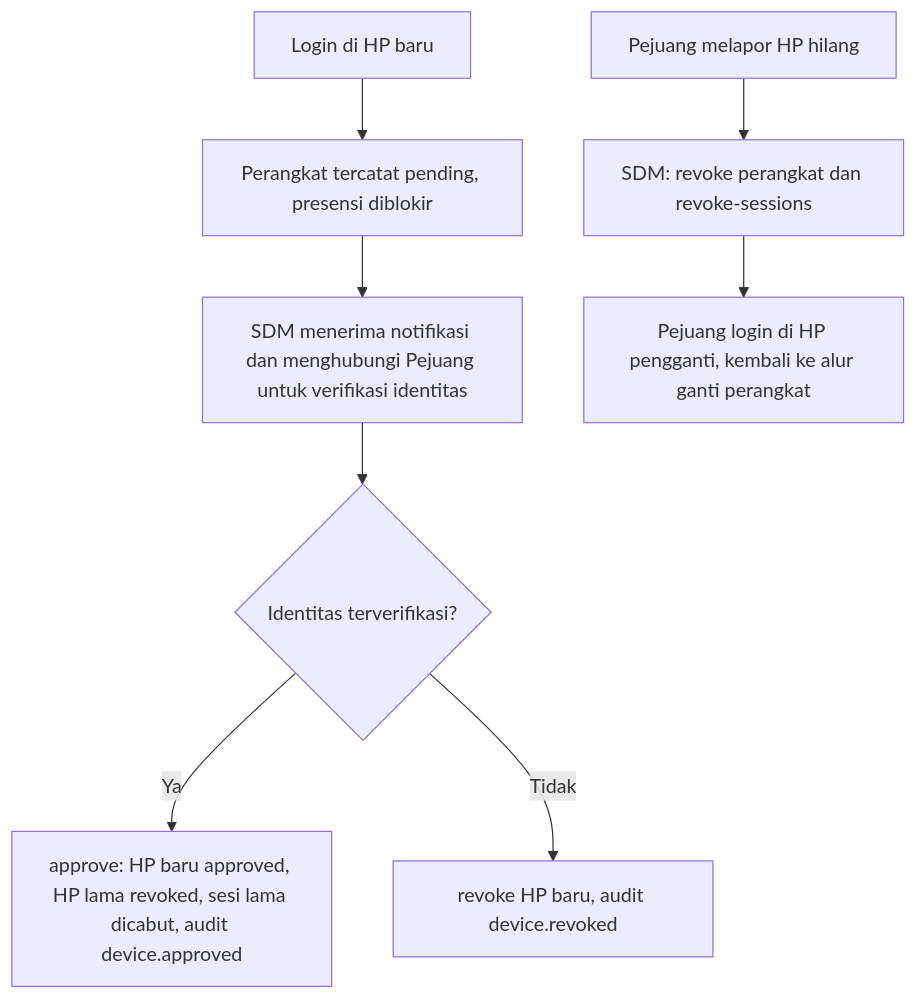
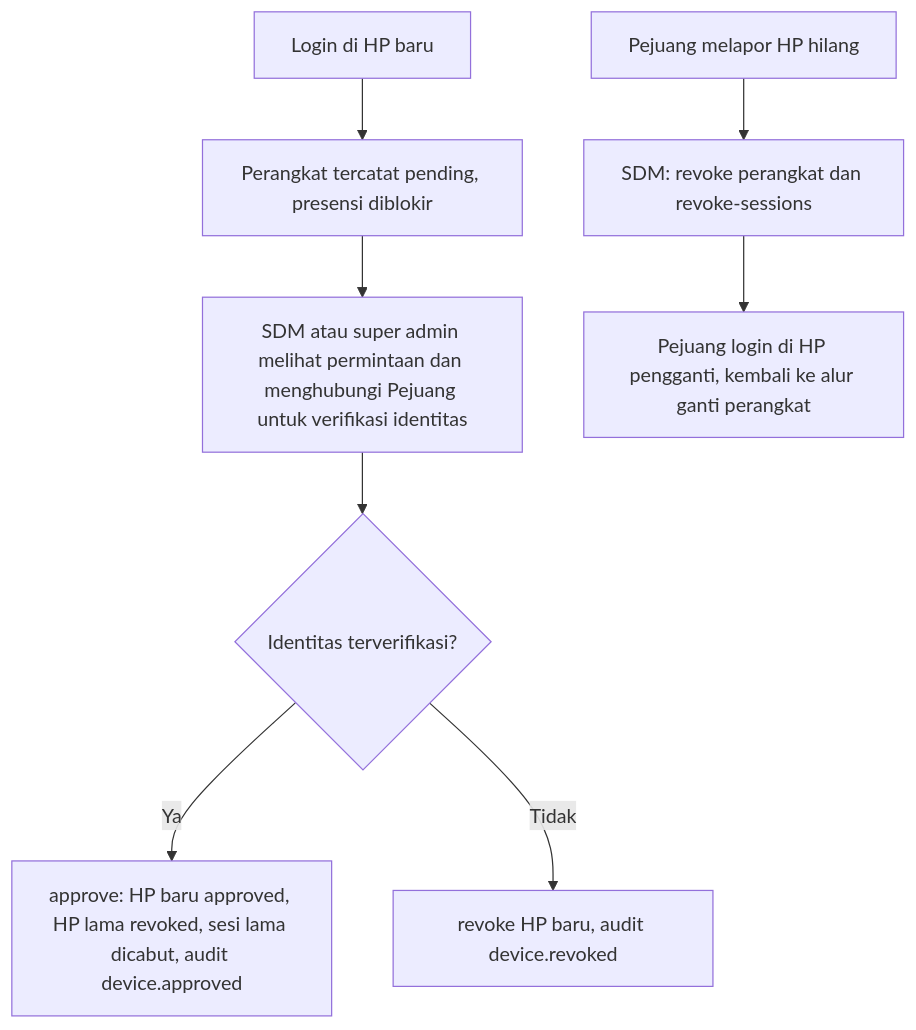
One commit to rzarxx/HRIS changed diagram 16 of 29 in MASTER.md. Above: the diagram before and after it, drawn with Mermaid. The commit also changed other lines of this file and 31 other files, not shown here.

First line of the commit message:
feat: device binding dan role super admin

````diff
--- a/MASTER.md
+++ b/MASTER.md
@@ -1097,10 +1101,10 @@
 ```mermaid
 flowchart TD
     A["Login di HP baru"] --> B["Perangkat tercatat pending, presensi diblokir"]
-    B --> C["SDM menerima notifikasi dan menghubungi Pejuang untuk verifikasi identitas"]
+    B --> C["SDM atau super admin melihat permintaan dan menghubungi Pejuang untuk verifikasi identitas"]
     C --> D{"Identitas terverifikasi?"}
     D -- Ya --> E["approve: HP baru approved, HP lama revoked, sesi lama dicabut, audit device.approved"]
     D -- Tidak --> F["revoke HP baru, audit device.revoked"]
     G["Pejuang melapor HP hilang"] --> H["SDM: revoke perangkat dan revoke-sessions"]
     H --> I["Pejuang login di HP pengganti, kembali ke alur ganti perangkat"]
 ```
````
